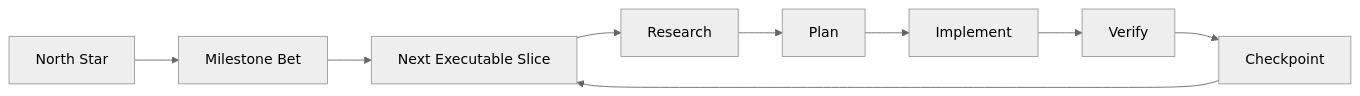
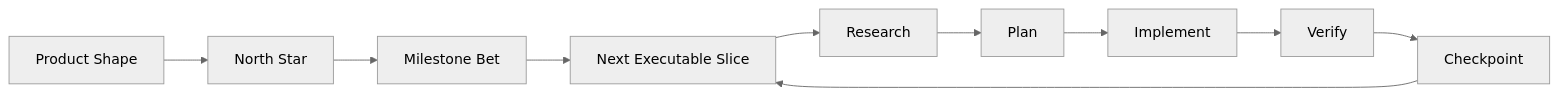
Before and after one commit to B67687/agentic-workflows: the first of 4 diagrams in docs/phase-based-agent-workflow.md, drawn with Mermaid (neutral theme). The commit also changed other lines of this file and 22 other files, not shown here.

````diff
--- a/docs/phase-based-agent-workflow.md
+++ b/docs/phase-based-agent-workflow.md
@@ -7,11 +7,12 @@
 ```mermaid
 flowchart LR
-    A["North Star"] --> B["Milestone Bet"]
-    B --> C["Next Executable Slice"]
-    C --> D["Research"]
-    D --> E["Plan"]
-    E --> F["Implement"]
-    F --> G["Verify"]
-    G --> H["Checkpoint"]
-    H --> C
+    A["Product Shape"] --> B["North Star"]
+    B --> C["Milestone Bet"]
+    C --> D["Next Executable Slice"]
+    D --> E["Research"]
+    E --> F["Plan"]
+    F --> G["Implement"]
+    G --> H["Verify"]
+    H --> I["Checkpoint"]
+    I --> D
 ```
````
